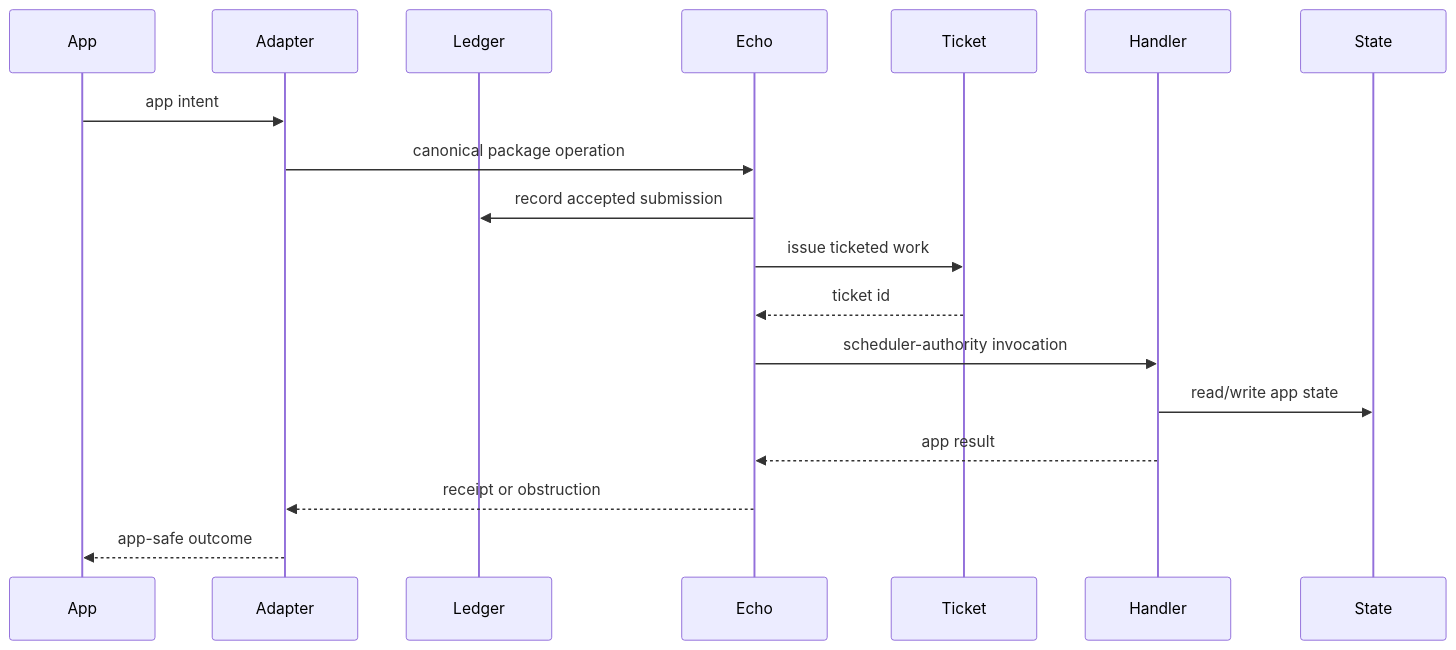
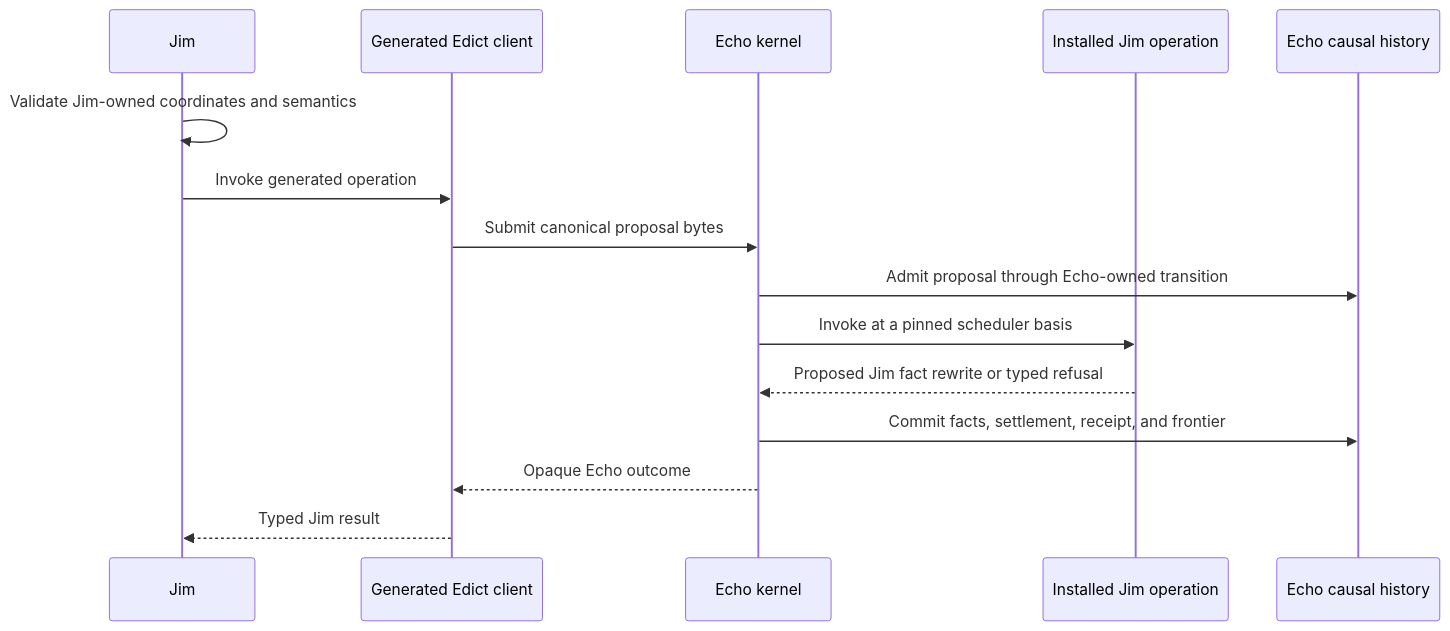
Before and after one commit to flyingrobots/jedit: the second of 2 diagrams in docs/echo-application-hosting-guide.md, drawn with Mermaid. The commit also changed other lines of this file and 429 other files, not shown here.

````diff
--- a/docs/echo-application-hosting-guide.md
+++ b/docs/echo-application-hosting-guide.md
@@ -108,21 +94,18 @@
 ```mermaid
 sequenceDiagram
-    participant App
-    participant Adapter
-    participant Ledger
-    participant Echo
-    participant Ticket
-    participant Handler
-    participant State
+    participant J as Jim
+    participant E as Generated Edict client
+    participant K as Echo kernel
+    participant O as Installed Jim operation
+    participant G as Echo causal history
 
-    App->>Adapter: app intent
-    Adapter->>Echo: canonical package operation
-    Echo->>Ledger: record accepted submission
-    Echo->>Ticket: issue ticketed work
-    Ticket-->>Echo: ticket id
-    Echo->>Handler: scheduler-authority invocation
-    Handler->>State: read/write app state
-    Handler-->>Echo: app result
-    Echo-->>Adapter: receipt or obstruction
-    Adapter-->>App: app-safe outcome
+    J->>J: Validate Jim-owned coordinates and semantics
+    J->>E: Invoke generated operation
+    E->>K: Submit canonical proposal bytes
+    K->>G: Admit proposal through Echo-owned transition
+    K->>O: Invoke at a pinned scheduler basis
+    O-->>K: Proposed Jim fact rewrite or typed refusal
+    K->>G: Commit facts, settlement, receipt, and frontier
+    K-->>E: Opaque Echo outcome
+    E-->>J: Typed Jim result
 ```
````
